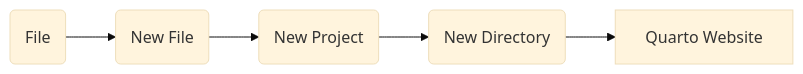
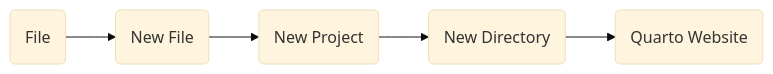
Before and after one commit to francojra/introducao_ao_quarto: the first of 3 diagrams in introducao_quarto_markdown.qmd, drawn with Mermaid (base theme). The commit also changed other lines of this file, not shown here.

````diff
--- a/introducao_quarto_markdown.qmd
+++ b/introducao_quarto_markdown.qmd
@@ -88,7 +92,8 @@
 ```{mermaid}
 flowchart LR
+
   A(File) --> B(New File)
   B --> C(New Project)
   C --> D(New Directory)
-  D --> E[Quarto Website]
+  D --> F(Quarto Website)
 ```
````
